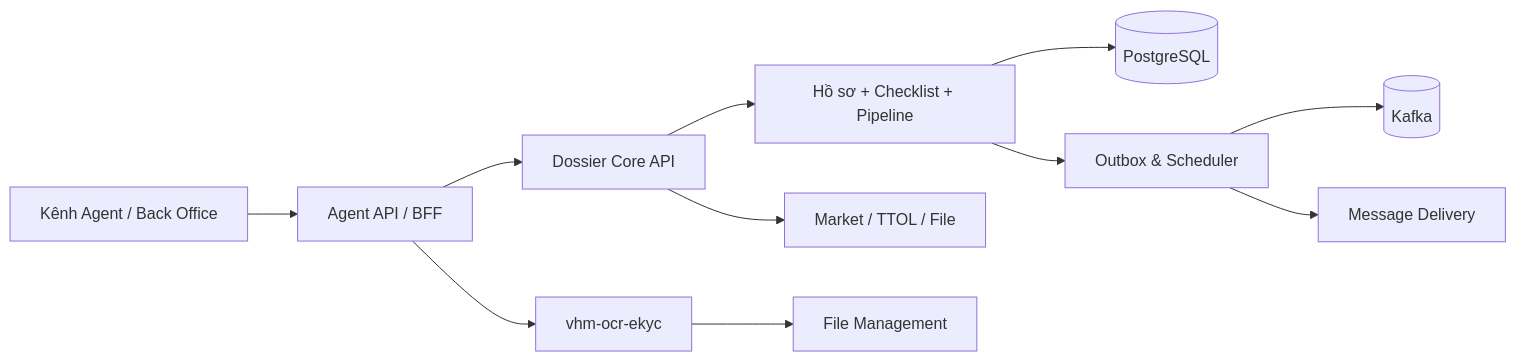
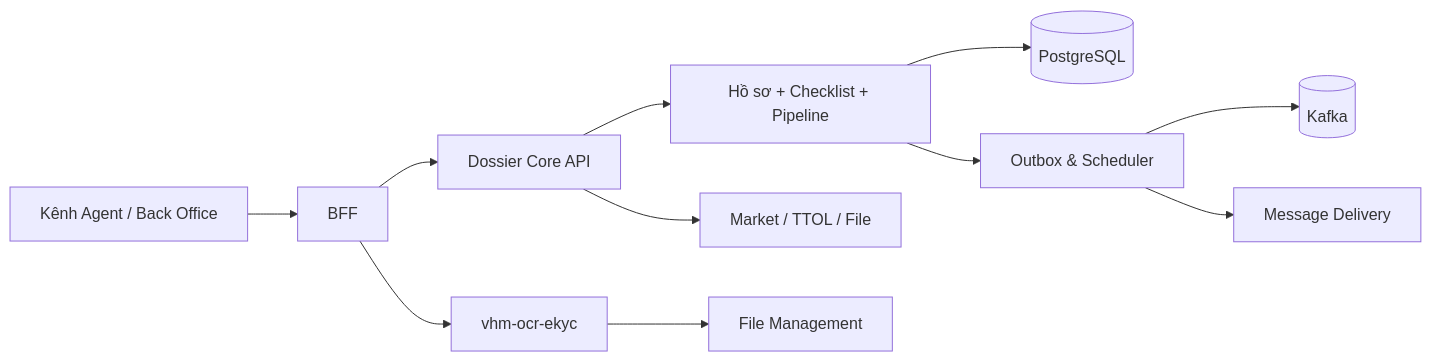
Before and after one commit to huynv-xyz/vhm: the second of 8 diagrams in tdd-dossier.md, drawn with Mermaid. The commit also changed other lines of this file, not shown here.

````diff
--- a/tdd-dossier.md
+++ b/tdd-dossier.md
@@ -196,13 +196,13 @@
 ```mermaid
 flowchart LR
-    Channel[Kênh Agent / Back Office] --> BFF[Agent API / BFF]
+    Channel[Kênh Agent / Back Office] --> BFF[BFF]
     BFF --> API[Dossier Core API]
     API --> Domain[Hồ sơ + Checklist + Pipeline]
     Domain --> DB[(PostgreSQL)]
     Domain --> Relay[Outbox & Scheduler]
     Relay --> Kafka[(Kafka)]
     Relay --> Message[Message Delivery]
     BFF --> OCR[vhm-ocr-ekyc]
     OCR --> File[File Management]
     API --> Enterprise[Market / TTOL / File]
 ```
````
